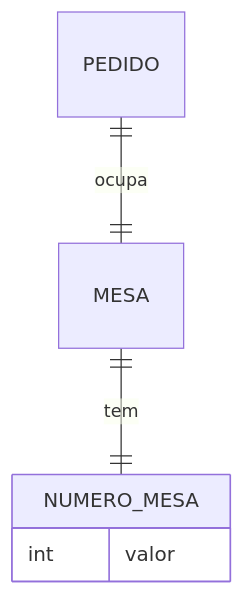
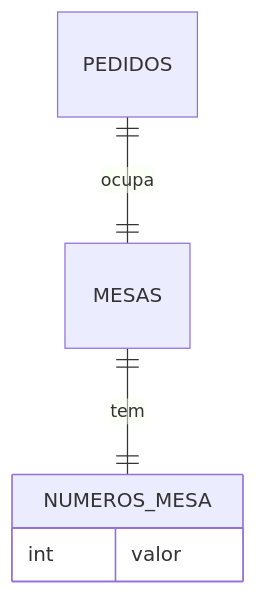
Before and after one commit to GTI-Fatec-Jahu/BDA-GTI-2026-2: diagram 15 of 15 in docs/aulas/Aula_02_Modelagem_Entidades.md, drawn with Mermaid. The commit also changed other lines of this file and 5 other files, not shown here.

````diff
--- a/docs/aulas/Aula_02_Modelagem_Entidades.md
+++ b/docs/aulas/Aula_02_Modelagem_Entidades.md
@@ -756,10 +756,10 @@
 ```mermaid
 erDiagram
-    PEDIDO { }
-    MESA { }
-    NUMERO_MESA {
+    PEDIDOS { }
+    MESAS { }
+    NUMEROS_MESA {
         int valor
     }
-    MESA ||--|| NUMERO_MESA : "tem"
-    PEDIDO ||--|| MESA : "ocupa"
+    MESAS ||--|| NUMEROS_MESA : "tem"
+    PEDIDOS ||--|| MESAS : "ocupa"
 ```
````
